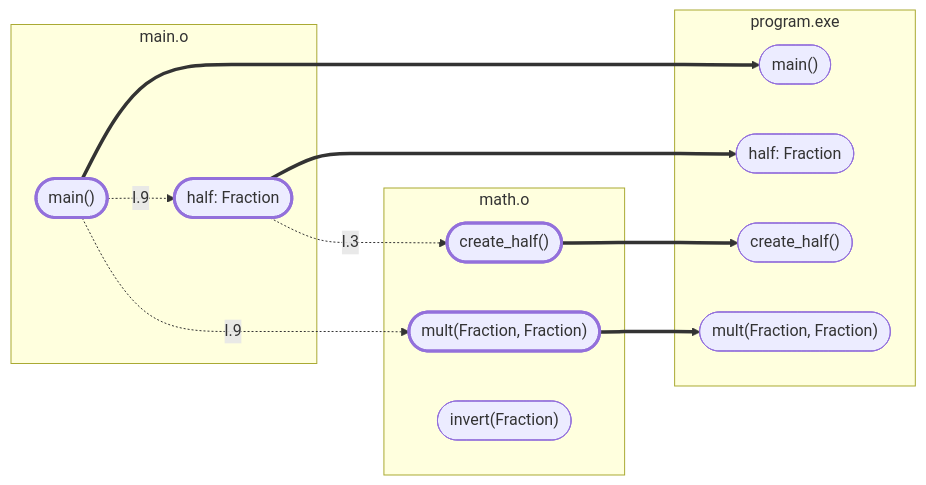
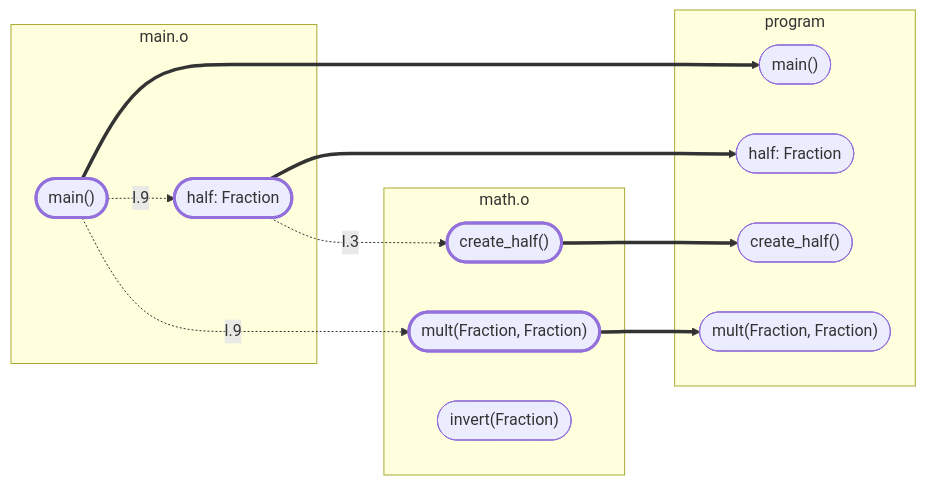
One commit to marsault/CPP_Learning changed the seventh of 7 diagrams in content/chapter1/5-compilation.fr.md. Above: the diagram before and after it, drawn with Mermaid. The commit also changed other lines of this file and 3 other files, not shown here.

````diff
--- a/content/chapter1/5-compilation.fr.md
+++ b/content/chapter1/5-compilation.fr.md
@@ -734,33 +734,33 @@
 ```mermaid
 graph LR
 
-subgraph D[program.exe]
+subgraph D[program]
     f_main(["main()"])
     f_half(["half: Fraction"])
     f_create_half(["create_half()"])
     f_mult(["mult(Fraction, Fraction)"])
 end
 
     subgraph A[main.o]
         main(["main()"])
         half(["half: Fraction"])
     end
 
     subgraph B[math.o]
         create_half(["create_half()"])
         mult(["mult(Fraction, Fraction)"])
         invert(["invert(Fraction)"])
     end
 
 main -.->|l.9| half
 half -.->|l.3| create_half
 main -.->|l.9| mult
 
 main ==> f_main
 half ==> f_half
 create_half ==> f_create_half
 mult ==> f_mult
 
 classDef fat stroke-width:3px
 class main,half,create_half,mult fat
 ```
````
